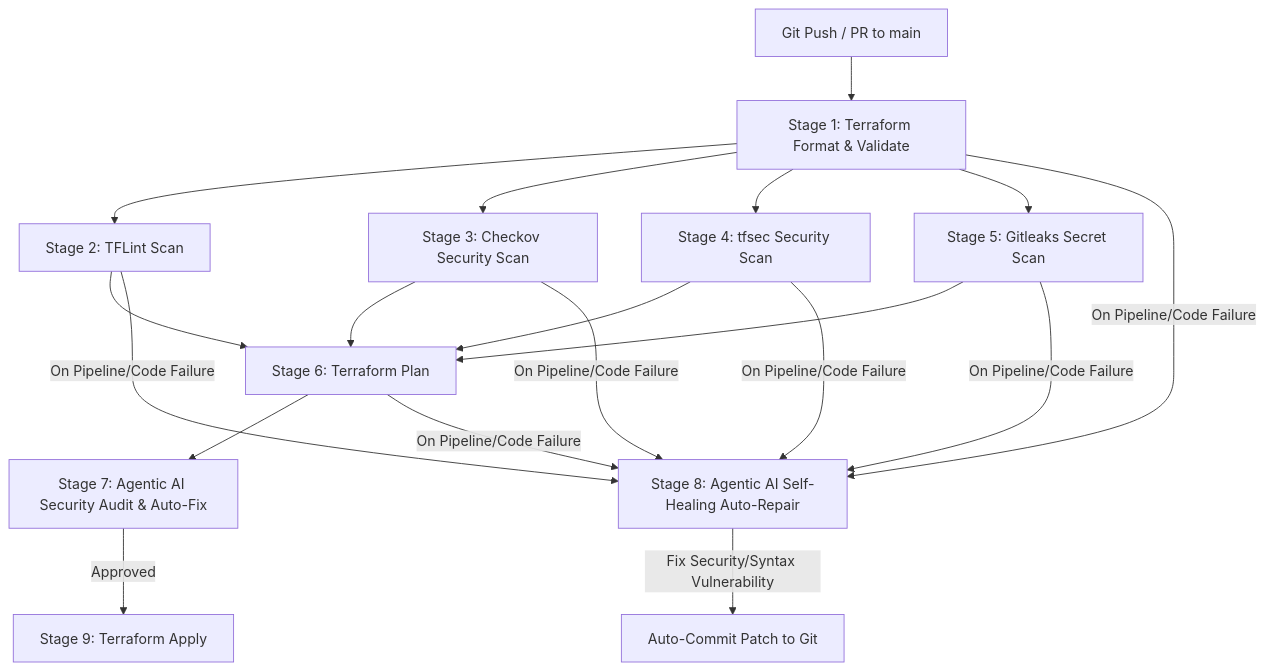
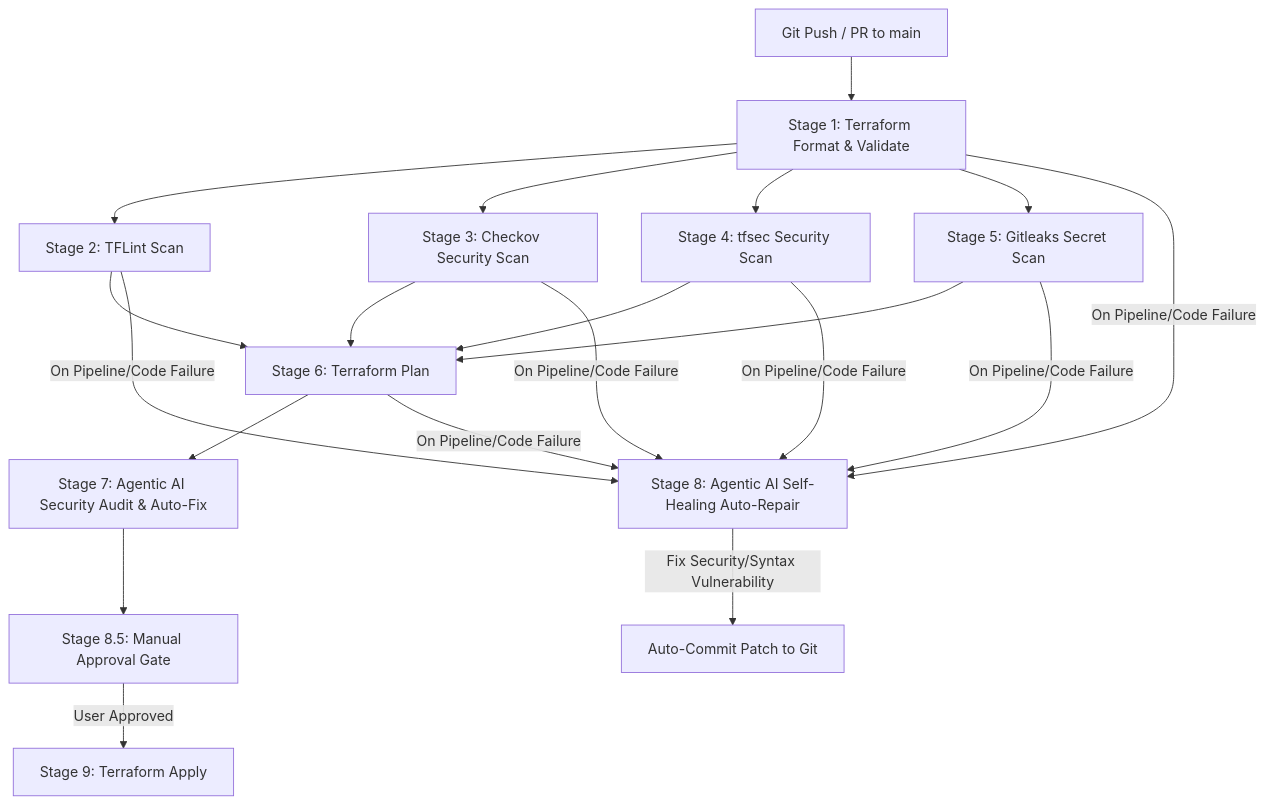
One commit to deepak-kr7/Agentic_ai_Self-repo changed the first of 3 diagrams in README.md. Above: the diagram before and after it, drawn with Mermaid. The commit also changed other lines of this file and 1 other file, not shown here.

Commit message:
feat(pipeline): add Stage 08.5 Manual Validation Gate before Terraform Apply

````diff
--- a/README.md
+++ b/README.md
@@ -14,13 +14,14 @@
 ```mermaid
 graph TD
     A[Git Push / PR to main] --> B[Stage 1: Terraform Format & Validate]
     B --> C1[Stage 2: TFLint Scan]
     B --> C2[Stage 3: Checkov Security Scan]
     B --> C3[Stage 4: tfsec Security Scan]
     B --> C4[Stage 5: Gitleaks Secret Scan]
     C1 & C2 & C3 & C4 --> D[Stage 6: Terraform Plan]
     D --> E[Stage 7: Agentic AI Security Audit & Auto-Fix]
     B & C1 & C2 & C3 & C4 & D -->|On Pipeline/Code Failure| F[Stage 8: Agentic AI Self-Healing Auto-Repair]
-    E -->|Approved| G[Stage 9: Terraform Apply]
+    E --> M[Stage 8.5: Manual Approval Gate]
+    M -->|User Approved| G[Stage 9: Terraform Apply]
     F -->|Fix Security/Syntax Vulnerability| H[Auto-Commit Patch to Git]
 ```
````
